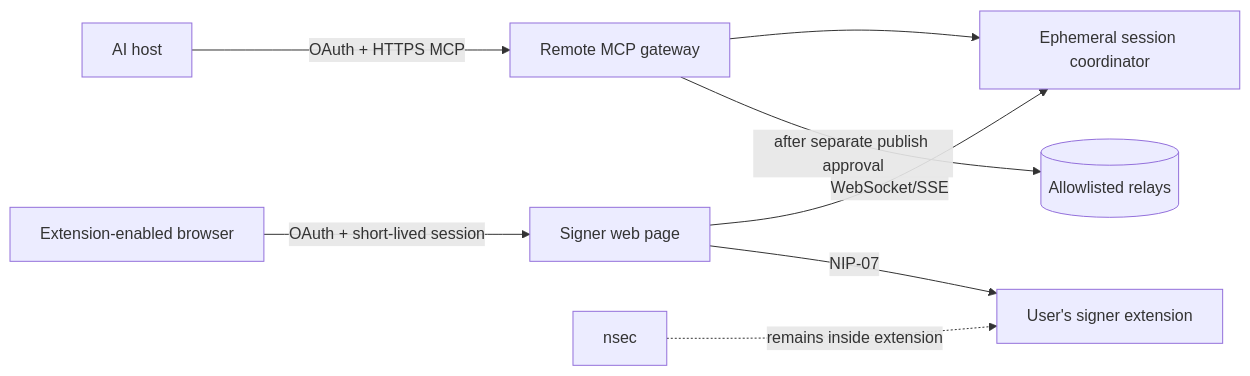
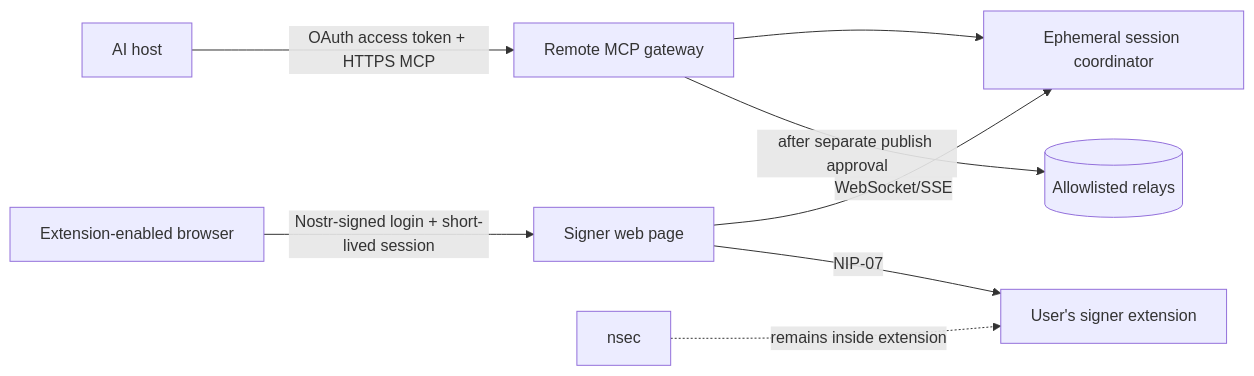
Before and after one commit to hudhaifahz/nostr-signer-chatgpt: the diagram in HOSTED_SERVICE.md, drawn with Mermaid. The commit also changed other lines of this file and 6 other files, not shown here.

````diff
--- a/HOSTED_SERVICE.md
+++ b/HOSTED_SERVICE.md
@@ -35,11 +39,11 @@
 ```mermaid
 flowchart LR
-  A[AI host] -->|OAuth + HTTPS MCP| M[Remote MCP gateway]
-  B[Extension-enabled browser] -->|OAuth + short-lived session| W[Signer web page]
+  A[AI host] -->|OAuth access token + HTTPS MCP| M[Remote MCP gateway]
+  B[Extension-enabled browser] -->|Nostr-signed login + short-lived session| W[Signer web page]
   W -->|WebSocket/SSE| Q[Ephemeral session coordinator]
   M --> Q
   W -->|NIP-07| E[User's signer extension]
   M -->|after separate publish approval| R[(Allowlisted relays)]
 
   K[nsec] -. remains inside extension .-> E
 ```
````
